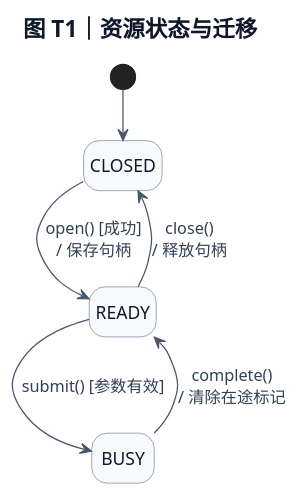
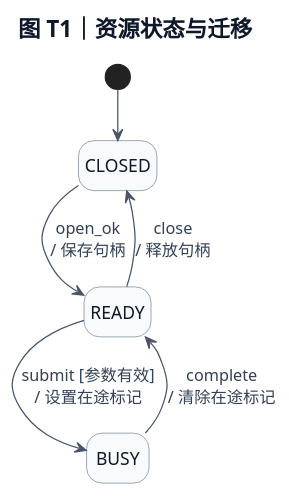
The sixth of 7 diagrams in c-code-design-doc/references/diagram-guide.md (chao-shu/c-code-design-doc), drawn with PlantUML before and after one commit. The commit also changed other lines of this file and 10 other files, not shown here.

Commit message:
Clarify UML semantics and 4+1 mappings; review and refresh diagram examples

````diff
--- a/c-code-design-doc/references/diagram-guide.md
+++ b/c-code-design-doc/references/diagram-guide.md
@@ -320,39 +341,39 @@
 ```plantuml
 @startuml
 skinparam backgroundColor #FFFFFF
 skinparam shadowing false
 skinparam defaultFontName "Microsoft YaHei"
 skinparam defaultFontSize 14
 skinparam defaultFontColor #0F172A
 skinparam titleFontColor #0F172A
 skinparam titleFontSize 18
 skinparam ArrowColor #475569
 skinparam ArrowFontColor #334155
 skinparam ArrowFontSize 13
 skinparam ArrowThickness 1
 skinparam NoteBackgroundColor #F8FAFC
 skinparam NoteBorderColor #CBD5E1
 skinparam NoteFontColor #475569
 skinparam NoteFontSize 13
 skinparam LegendBackgroundColor #FFFFFF
 skinparam LegendBorderColor #FFFFFF
 skinparam LegendFontColor #475569
 skinparam LegendFontSize 12
 hide empty description
 skinparam stateBackgroundColor #F8FAFC
 skinparam stateBorderColor #64748B
 skinparam stateStartColor #334155
 skinparam stateEndColor #334155
 skinparam nodesep 36
 skinparam ranksep 40
 title 图 T1｜资源状态与迁移
 state "CLOSED" as S_CLOSED
 state "READY" as S_READY
 state "BUSY" as S_BUSY
 [*] -down-> S_CLOSED
-S_CLOSED -down-> S_READY : open() [成功]\n/ 保存句柄
-S_READY -down-> S_BUSY : submit() [参数有效]
-S_BUSY --> S_READY : complete()\n/ 清除在途标记
-S_READY --> S_CLOSED : close()\n/ 释放句柄
+S_CLOSED -down-> S_READY : open_ok\n/ 保存句柄
+S_READY -down-> S_BUSY : submit [参数有效]\n/ 设置在途标记
+S_BUSY --> S_READY : complete\n/ 清除在途标记
+S_READY --> S_CLOSED : close\n/ 释放句柄
 @enduml
 ```
````
